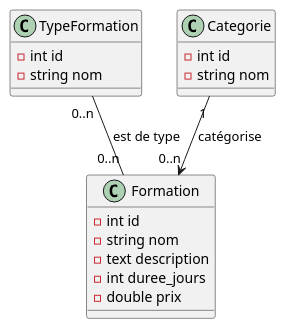
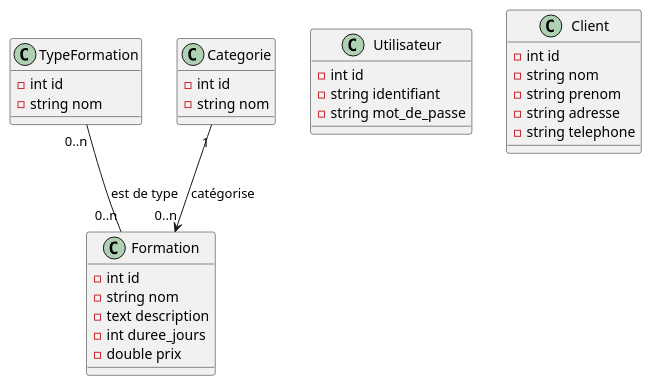
The diagram in doc/uml/2-class/goncourt-class.puml (DucasseRafael91/VenteFormation), drawn with PlantUML before and after one commit.

Commit message:
Ajout de la table client et Utilisateur dans le diagramme de classe

```diff
--- a/doc/uml/2-class/goncourt-class.puml
+++ b/doc/uml/2-class/goncourt-class.puml
@@ -1,24 +1,38 @@
 @startuml VenteFormation
 
 class Formation {
     -int id
     -string nom
     -text description
     -int duree_jours
     -double prix
 }
 
 class TypeFormation {
     -int id
     -string nom
 }
 
 class Categorie {
     -int id
     -string nom
 }
 
+class Utilisateur {
+    -int id
+    -string identifiant
+    -string mot_de_passe
+}
+
+class Client {
+    -int id
+    -string nom
+    -string prenom
+    -string adresse
+    -string telephone
+}
+
 Categorie "1" --> "0..n" Formation : catégorise
 TypeFormation "0..n" -- "0..n" Formation : est de type
 
 @enduml
```
